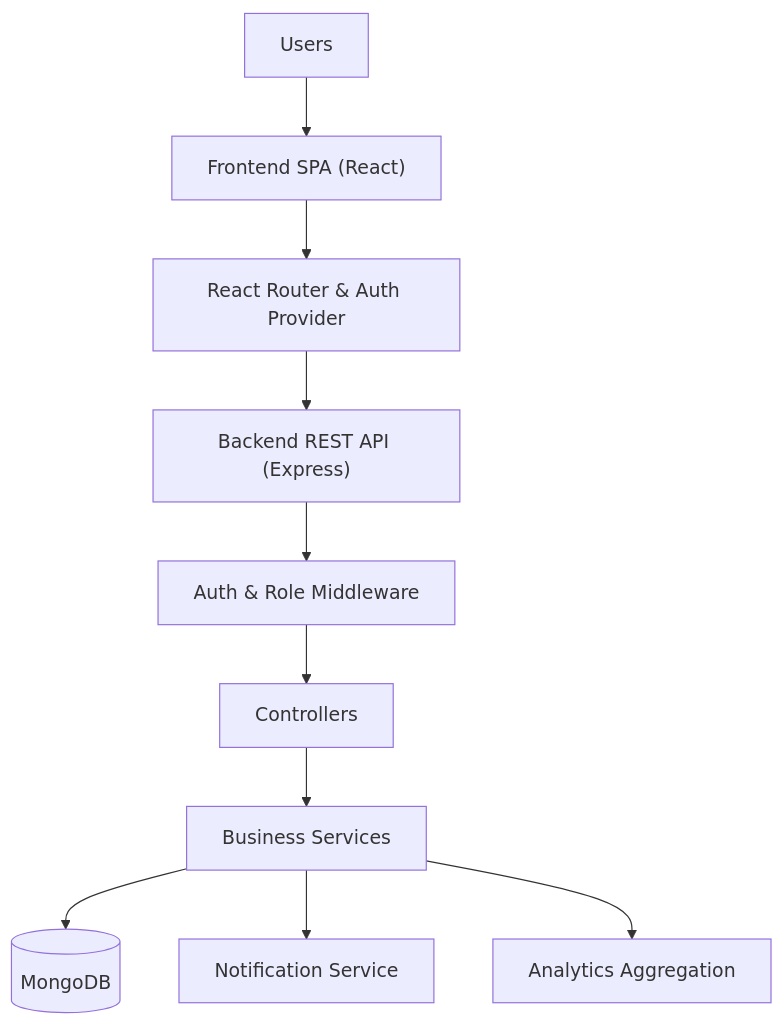
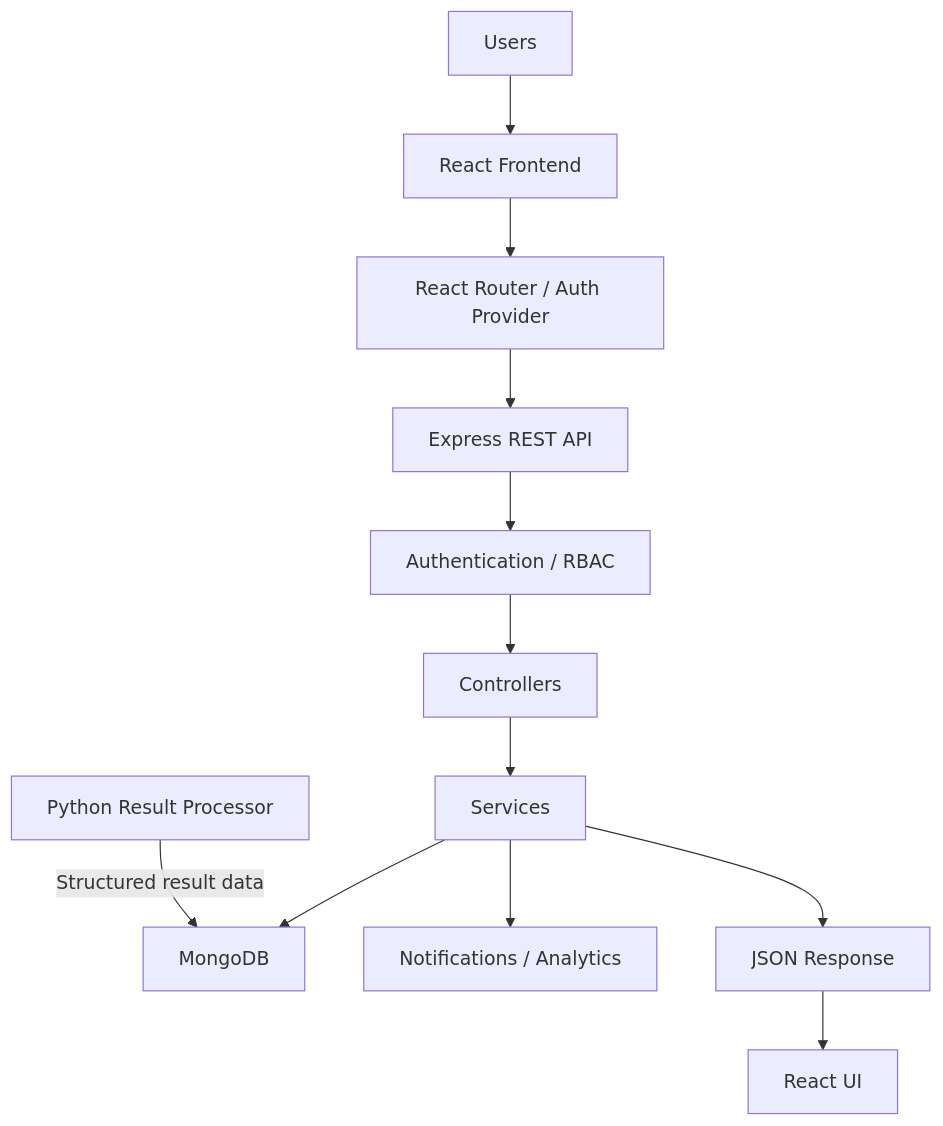
The first of 10 diagrams in README.md (Ravi4348/Student-Academic-Management-System), drawn with Mermaid before and after one commit. The commit also changed other lines of this file and 44 other files, not shown here.

````diff
--- a/README.md
+++ b/README.md
@@ -67,22 +49,28 @@
 ```mermaid
 flowchart TD
-    U["Users"]
-    F["Frontend SPA (React)"]
-    R["React Router & Auth Provider"]
-    API["Backend REST API (Express)"]
-    M["Auth & Role Middleware"]
-    C["Controllers"]
-    S["Business Services"]
-    DB[("MongoDB")]
-    N["Notification Service"]
-    A["Analytics Aggregation"]
-    U --> F
-    F --> R
-    R --> API
-    API --> M
-    M --> C
-    C --> S
-    S --> DB
-    S --> N
-    S --> A
+    Users["Users"]
+    ReactFrontend["React Frontend"]
+    ReactRouterAuth["React Router / Auth Provider"]
+    ExpressREST["Express REST API"]
+    AuthRBAC["Authentication / RBAC"]
+    Controllers["Controllers"]
+    Services["Services"]
+    MongoDB["MongoDB"]
+    NotificationsAnalytics["Notifications / Analytics"]
+    JSONResponse["JSON Response"]
+    ReactUI["React UI"]
+    PythonProcessor["Python Result Processor"]
+
+    Users --> ReactFrontend
+    ReactFrontend --> ReactRouterAuth
+    ReactRouterAuth --> ExpressREST
+    ExpressREST --> AuthRBAC
+    AuthRBAC --> Controllers
+    Controllers --> Services
+    Services --> MongoDB
+    Services --> NotificationsAnalytics
+    Services --> JSONResponse
+    JSONResponse --> ReactUI
+    
+    PythonProcessor -->|"Structured result data"| MongoDB
 ```
````
